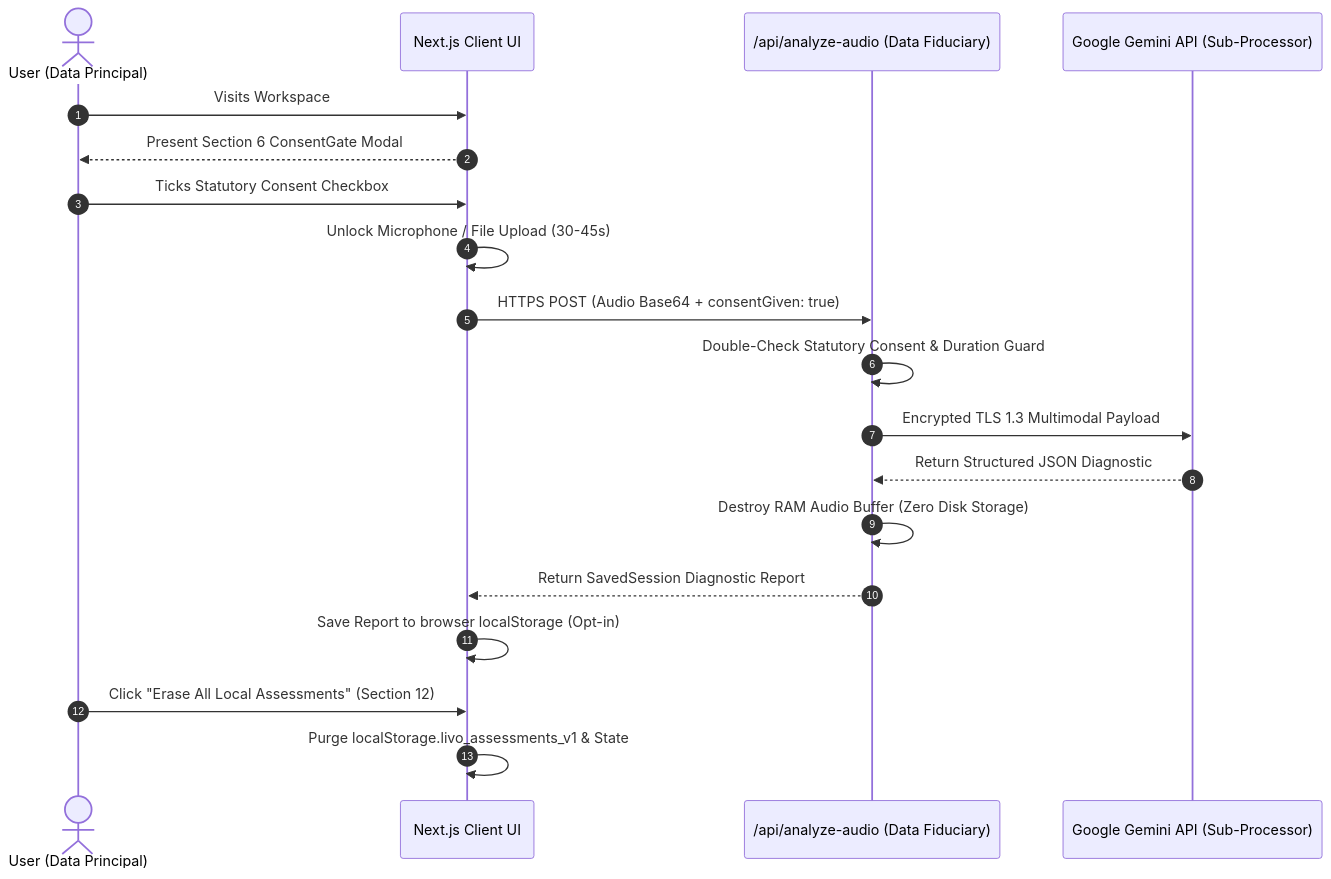
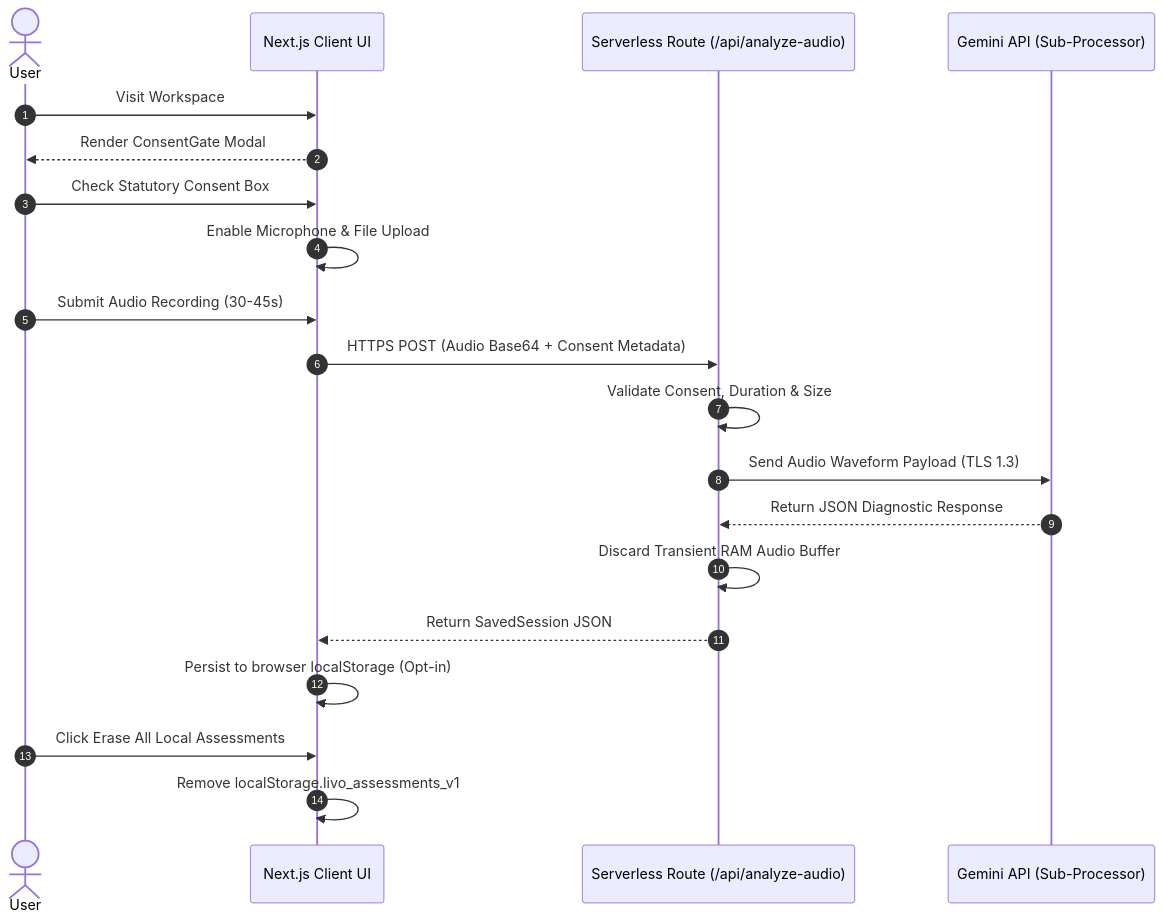
One commit to nareshchandu17/Speechmetric changed the third of 3 diagrams in SYSTEM_ARCHITECTURE.md. Above: the diagram before and after it, drawn with Mermaid. The commit also changed other lines of this file, not shown here.

First line of the commit message:
refactor(docs): refine system architecture to concise, evidence-driven engineering standards

````diff
--- a/SYSTEM_ARCHITECTURE.md
+++ b/SYSTEM_ARCHITECTURE.md
@@ -109,22 +108,23 @@
 ```mermaid
 sequenceDiagram
     autonumber
-    actor User as User (Data Principal)
+    actor User as User
     participant Client as Next.js Client UI
-    participant Server as /api/analyze-audio (Data Fiduciary)
-    participant AI as Google Gemini API (Sub-Processor)
+    participant Server as Serverless Route (/api/analyze-audio)
+    participant AI as Gemini API (Sub-Processor)
 
-    User->>Client: Visits Workspace
-    Client-->>User: Present Section 6 ConsentGate Modal
-    User->>Client: Ticks Statutory Consent Checkbox
-    Client->>Client: Unlock Microphone / File Upload (30-45s)
-    Client->>Server: HTTPS POST (Audio Base64 + consentGiven: true)
-    Server->>Server: Double-Check Statutory Consent & Duration Guard
-    Server->>AI: Encrypted TLS 1.3 Multimodal Payload
-    AI-->>Server: Return Structured JSON Diagnostic
-    Server->>Server: Destroy RAM Audio Buffer (Zero Disk Storage)
-    Server-->>Client: Return SavedSession Diagnostic Report
-    Client->>Client: Save Report to browser localStorage (Opt-in)
-    User->>Client: Click "Erase All Local Assessments" (Section 12)
-    Client->>Client: Purge localStorage.livo_assessments_v1 & State
+    User->>Client: Visit Workspace
+    Client-->>User: Render ConsentGate Modal
+    User->>Client: Check Statutory Consent Box
+    Client->>Client: Enable Microphone & File Upload
+    User->>Client: Submit Audio Recording (30-45s)
+    Client->>Server: HTTPS POST (Audio Base64 + Consent Metadata)
+    Server->>Server: Validate Consent, Duration & Size
+    Server->>AI: Send Audio Waveform Payload (TLS 1.3)
+    AI-->>Server: Return JSON Diagnostic Response
+    Server->>Server: Discard Transient RAM Audio Buffer
+    Server-->>Client: Return SavedSession JSON
+    Client->>Client: Persist to browser localStorage (Opt-in)
+    User->>Client: Click Erase All Local Assessments
+    Client->>Client: Remove localStorage.livo_assessments_v1
 ```
````
